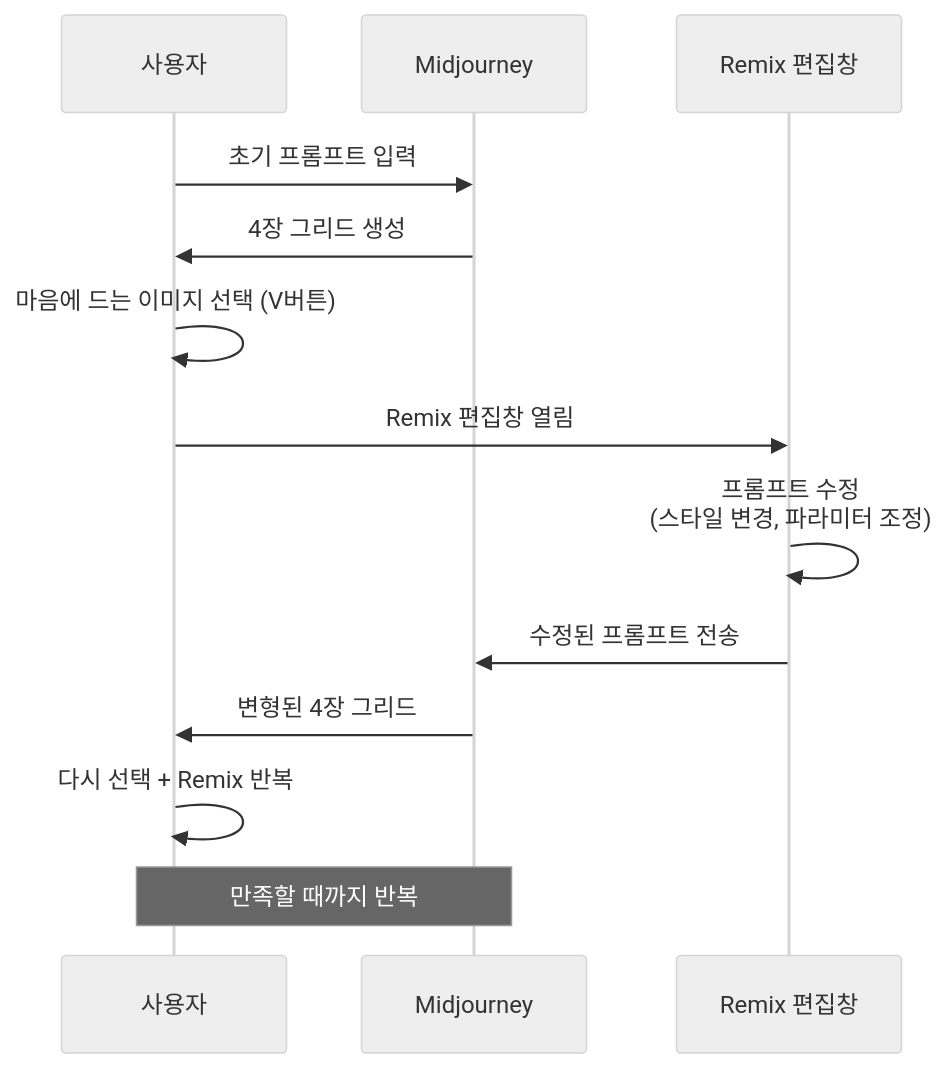
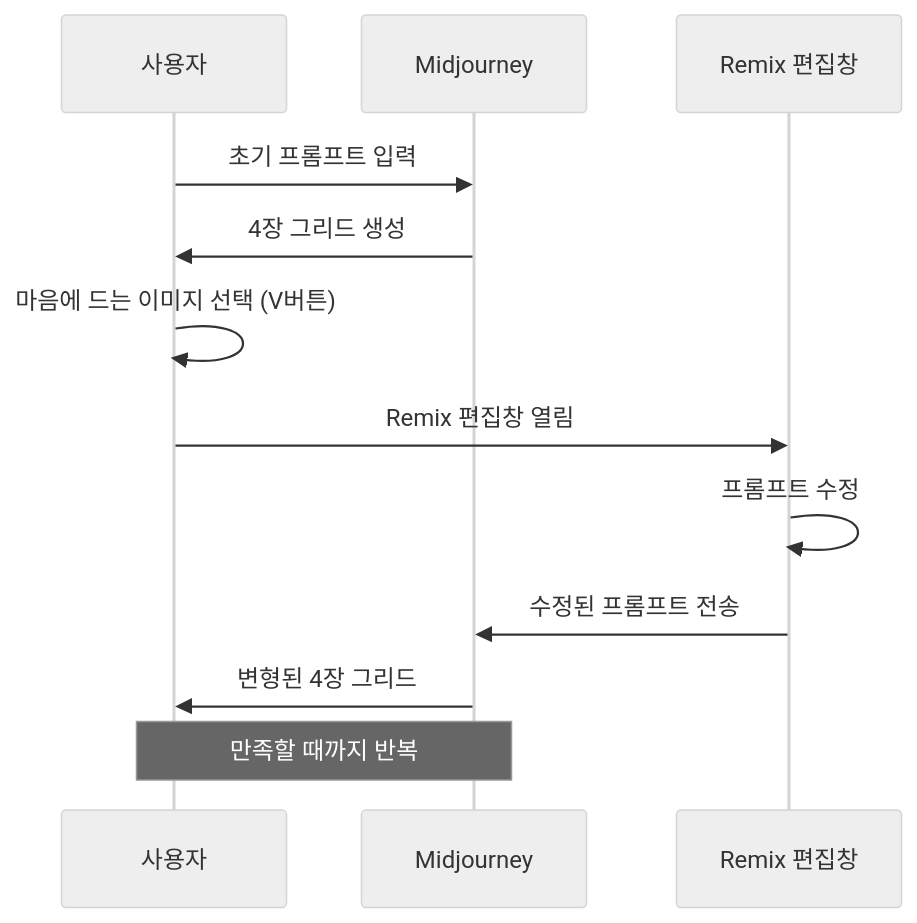
One commit to jsonpassion/forge-tutorial-promptcanvas changed the second of 2 diagrams in 05-ch5-midjourney-기본과-파라미터-튜닝/06-06-파라미터-조합과-remixvariation-활용.md. Above: the diagram before and after it, drawn with Mermaid (neutral theme). The commit also changed other lines of this file and 63 other files, not shown here.

````diff
--- a/05-ch5-midjourney-기본과-파라미터-튜닝/06-06-파라미터-조합과-remixvariation-활용.md
+++ b/05-ch5-midjourney-기본과-파라미터-튜닝/06-06-파라미터-조합과-remixvariation-활용.md
@@ -143,16 +75,15 @@
 ```mermaid
 sequenceDiagram
     participant U as 사용자
     participant MJ as Midjourney
     participant R as Remix 편집창
 
     U->>MJ: 초기 프롬프트 입력
     MJ->>U: 4장 그리드 생성
     U->>U: 마음에 드는 이미지 선택 (V버튼)
     U->>R: Remix 편집창 열림
-    R->>R: 프롬프트 수정<br/>(스타일 변경, 파라미터 조정)
+    R->>R: 프롬프트 수정
     R->>MJ: 수정된 프롬프트 전송
     MJ->>U: 변형된 4장 그리드
-    U->>U: 다시 선택 + Remix 반복
     Note over U,MJ: 만족할 때까지 반복
 ```
````
